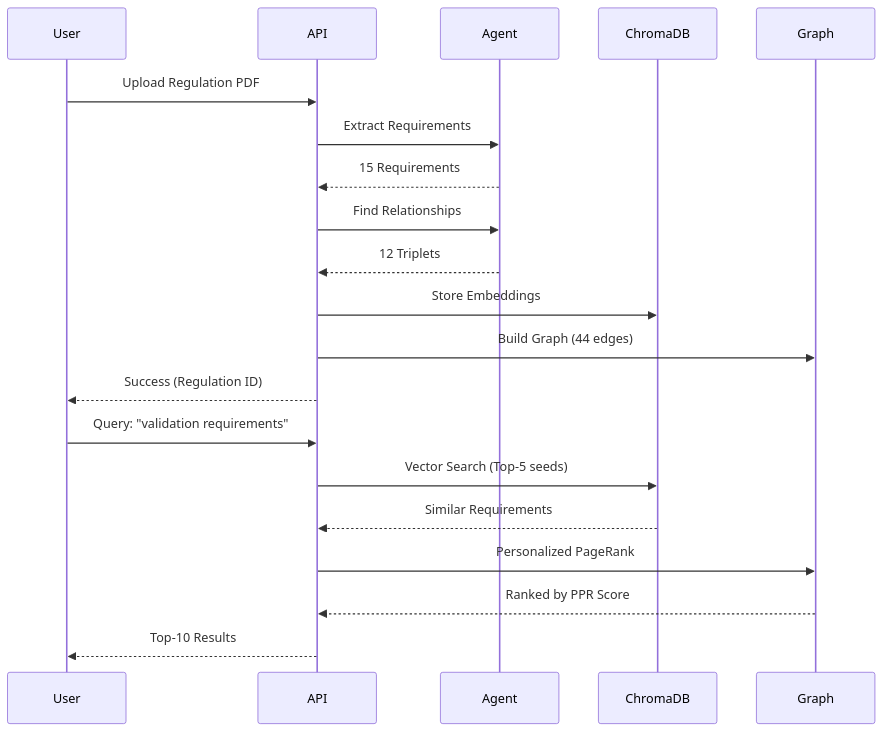
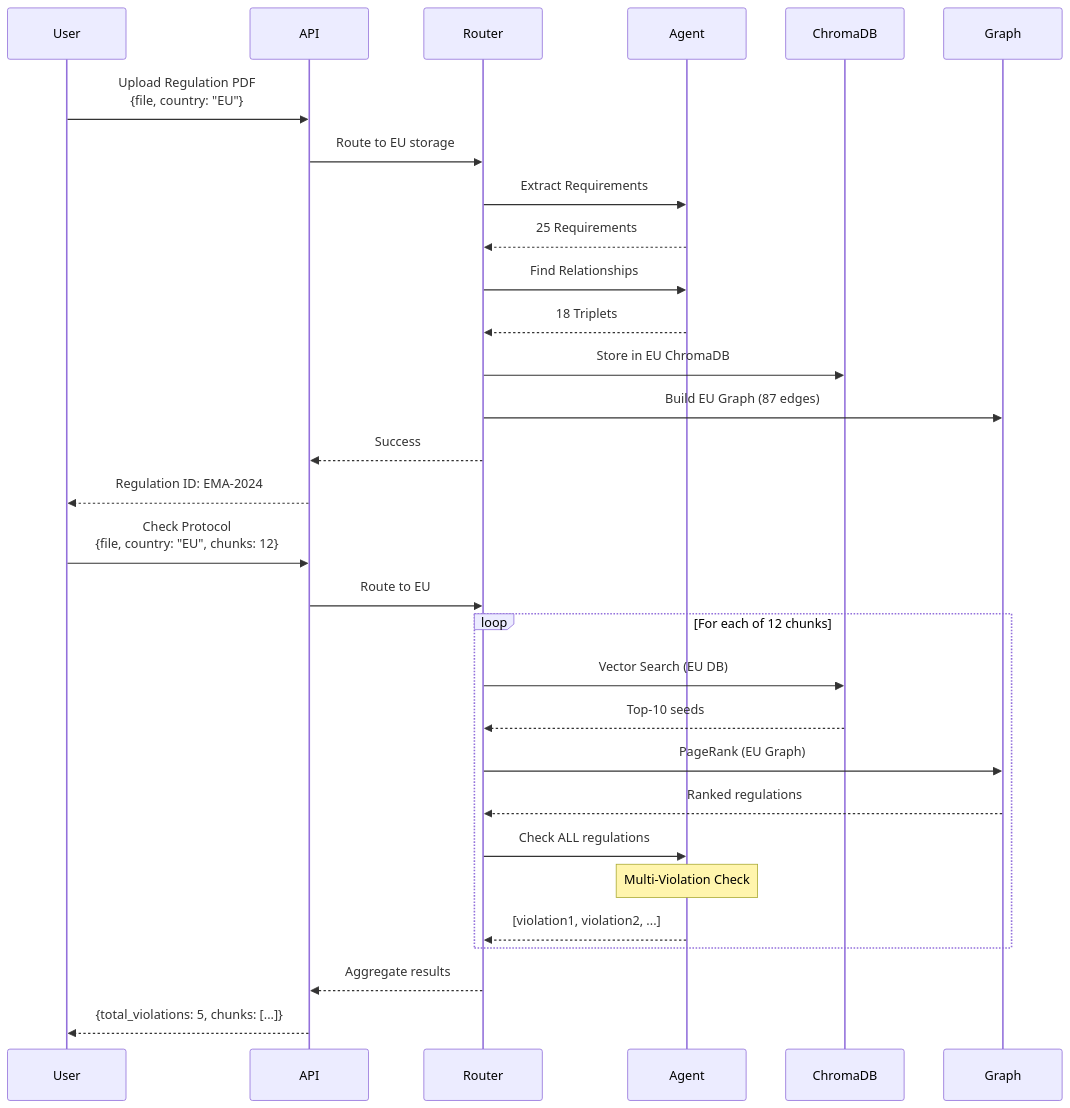
The third of 3 diagrams in backend-fastapi/README.md (vardhanshorewala/harmoniq), drawn with Mermaid before and after one commit. The commit also changed other lines of this file and 9 other files, not shown here.

````diff
--- a/backend-fastapi/README.md
+++ b/backend-fastapi/README.md
@@ -89,24 +166,36 @@
 ```mermaid
 sequenceDiagram
     participant User
     participant API
+    participant Router
     participant Agent
     participant ChromaDB
     participant Graph
     
-    User->>API: Upload Regulation PDF
-    API->>Agent: Extract Requirements
-    Agent-->>API: 15 Requirements
-    API->>Agent: Find Relationships
-    Agent-->>API: 12 Triplets
-    API->>ChromaDB: Store Embeddings
-    API->>Graph: Build Graph (44 edges)
-    API-->>User: Success (Regulation ID)
+    User->>API: Upload Regulation PDF<br/>{file, country: "EU"}
+    API->>Router: Route to EU storage
+    Router->>Agent: Extract Requirements
+    Agent-->>Router: 25 Requirements
+    Router->>Agent: Find Relationships
+    Agent-->>Router: 18 Triplets
+    Router->>ChromaDB: Store in EU ChromaDB
+    Router->>Graph: Build EU Graph (87 edges)
+    Router-->>API: Success
+    API-->>User: Regulation ID: EMA-2024
     
-    User->>API: Query: "validation requirements"
-    API->>ChromaDB: Vector Search (Top-5 seeds)
-    ChromaDB-->>API: Similar Requirements
-    API->>Graph: Personalized PageRank
-    Graph-->>API: Ranked by PPR Score
-    API-->>User: Top-10 Results
+    User->>API: Check Protocol<br/>{file, country: "EU", chunks: 12}
+    API->>Router: Route to EU
+    
+    loop For each of 12 chunks
+        Router->>ChromaDB: Vector Search (EU DB)
+        ChromaDB-->>Router: Top-10 seeds
+        Router->>Graph: PageRank (EU Graph)
+        Graph-->>Router: Ranked regulations
+        Router->>Agent: Check ALL regulations
+        Note over Agent: Multi-Violation Check
+        Agent-->>Router: [violation1, violation2, ...]
+    end
+    
+    Router-->>API: Aggregate results
+    API-->>User: {total_violations: 5, chunks: [...]}
 ```
````
